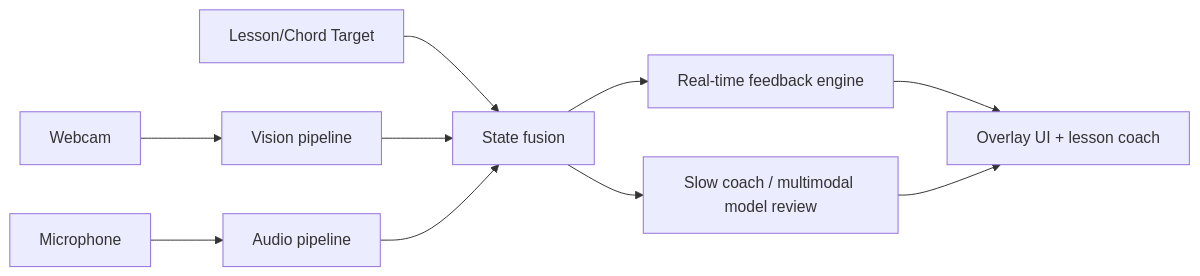
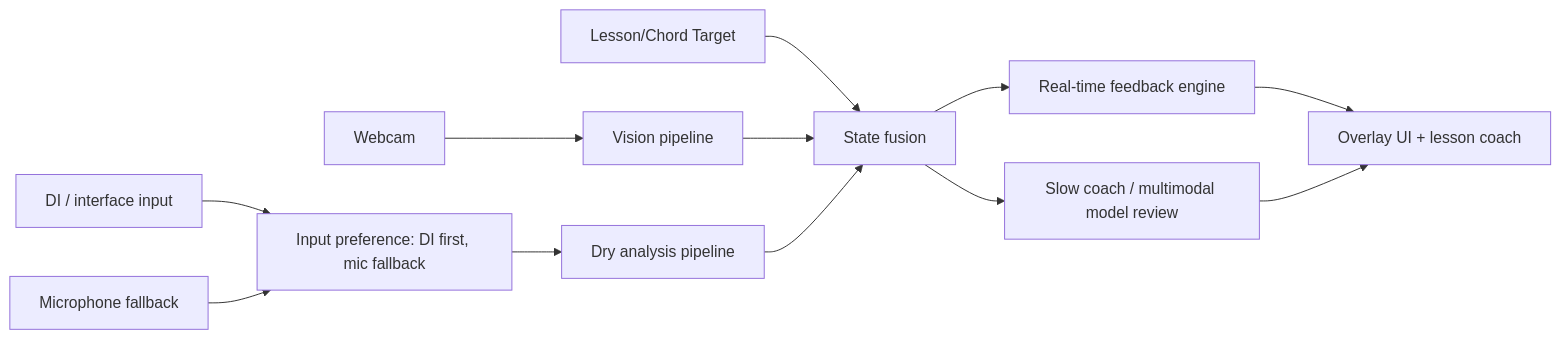
The first of 2 diagrams in docs/architecture-hypothesis.md (michaeljtommaso/guitar-training-software), drawn with Mermaid before and after one commit. The commit also changed other lines of this file and 7 other files, not shown here.

````diff
--- a/docs/architecture-hypothesis.md
+++ b/docs/architecture-hypothesis.md
@@ -7,12 +7,14 @@
 ```mermaid
 flowchart LR
   Cam[Webcam] --> CV[Vision pipeline]
-  Mic[Microphone] --> Audio[Audio pipeline]
+  DI[DI / interface input] --> Select[Input preference: DI first, mic fallback]
+  Mic[Microphone fallback] --> Select
+  Select --> Audio[Dry analysis pipeline]
   Lesson[Lesson/Chord Target] --> Fusion[State fusion]
   CV --> Fusion
   Audio --> Fusion
   Fusion --> Feedback[Real-time feedback engine]
   Feedback --> UI[Overlay UI + lesson coach]
   Fusion --> Review[Slow coach / multimodal model review]
   Review --> UI
 ```
````
